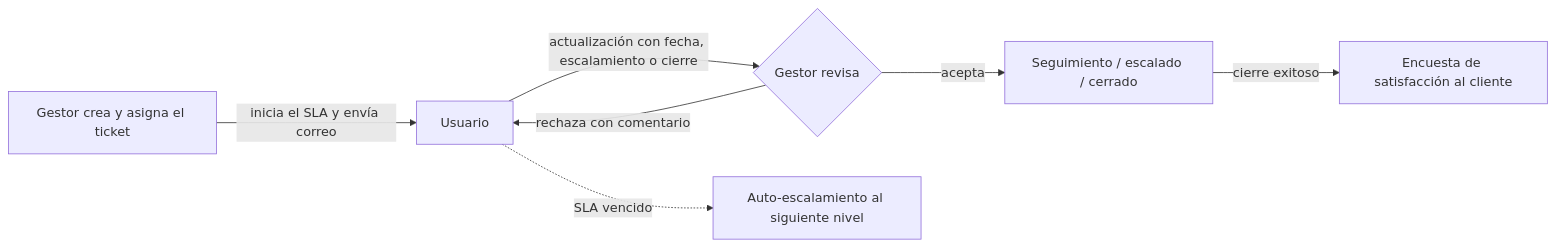
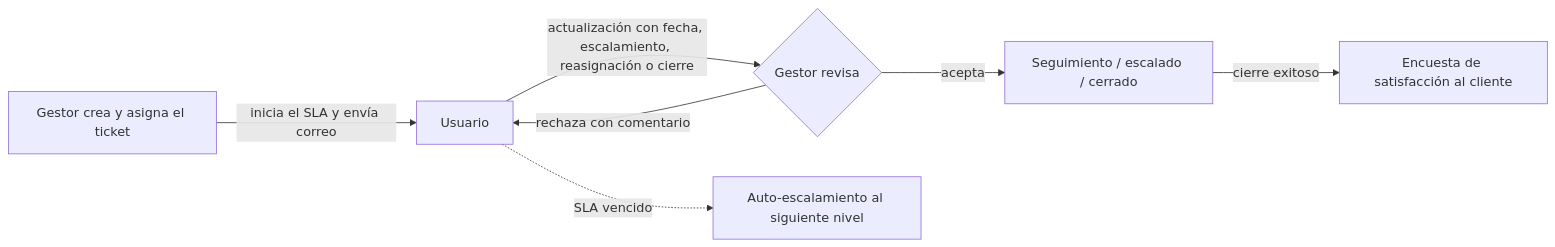
Before and after one commit to DatzinDev/OpenDesk: the diagram in README.md, drawn with Mermaid. The commit also changed other lines of this file and 4 other files, not shown here.

````diff
--- a/README.md
+++ b/README.md
@@ -40,9 +40,9 @@
 ```mermaid
 flowchart LR
     G[Gestor crea y asigna el ticket] -->|inicia el SLA y envía correo| U[Usuario]
-    U -->|actualización con fecha, escalamiento o cierre| P{Gestor revisa}
+    U -->|actualización con fecha, escalamiento, reasignación o cierre| P{Gestor revisa}
     P -->|acepta| S[Seguimiento / escalado / cerrado]
     P -->|rechaza con comentario| U
     S -->|cierre exitoso| E[Encuesta de satisfacción al cliente]
     U -.->|SLA vencido| R[Auto-escalamiento al siguiente nivel]
 ```
````
